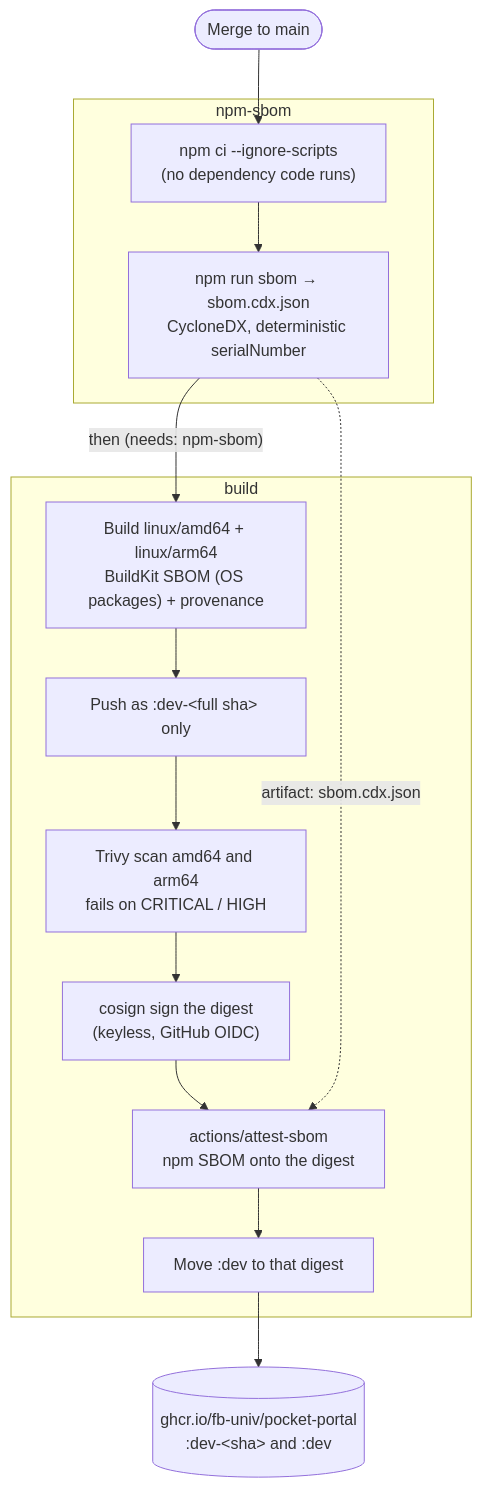
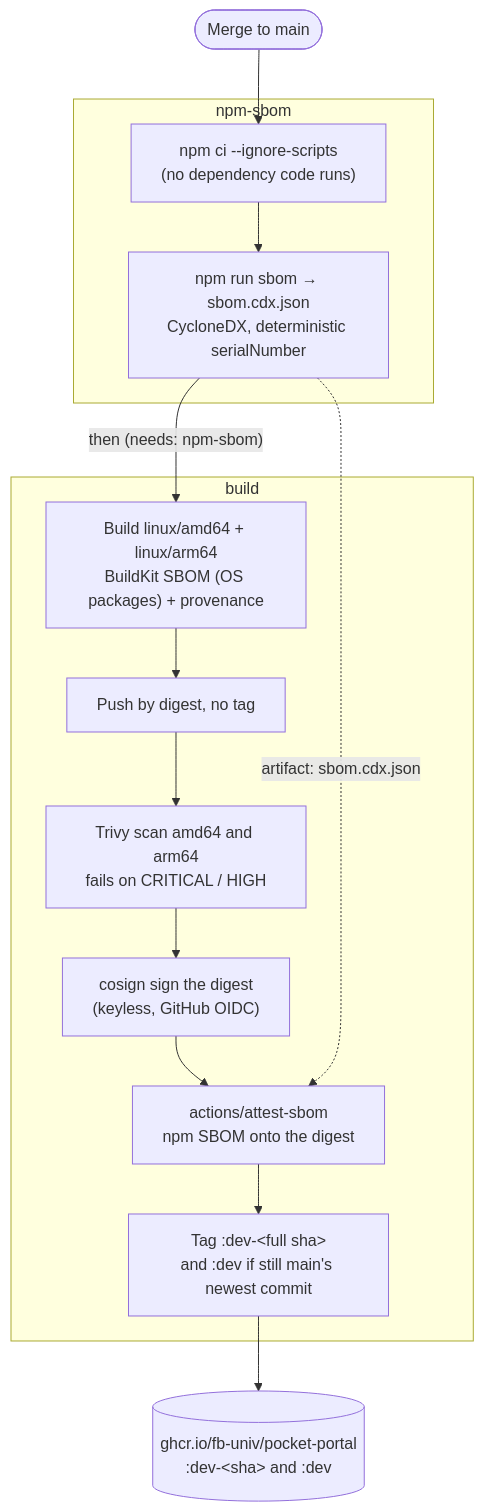
One commit to FB-UNIV/pocket-portal changed the third of 4 diagrams in docs/CI.md. Above: the diagram before and after it, drawn with Mermaid. The commit also changed other lines of this file and 2 other files, not shown here.

First line of the commit message:
ci: never drop a main build, tag only scanned images, verify before releasing (#99)

````diff
--- a/docs/CI.md
+++ b/docs/CI.md
@@ -93,25 +96,25 @@
 ```mermaid
 flowchart TB
   MAIN(["Merge to main"])
 
   subgraph npmsbom["npm-sbom"]
     S1["npm ci --ignore-scripts<br/>(no dependency code runs)"]
     S2["npm run sbom → sbom.cdx.json<br/>CycloneDX, deterministic serialNumber"]
     S1 --> S2
   end
 
   subgraph build["build"]
     B1["Build linux/amd64 + linux/arm64<br/>BuildKit SBOM (OS packages) + provenance"]
-    B2["Push as :dev-&lt;full sha&gt; only"]
+    B2["Push by digest, no tag"]
     B3["Trivy scan amd64 and arm64<br/>fails on CRITICAL / HIGH"]
     B4["cosign sign the digest<br/>(keyless, GitHub OIDC)"]
     B5["actions/attest-sbom<br/>npm SBOM onto the digest"]
-    B6["Move :dev to that digest"]
+    B6["Tag :dev-&lt;full sha&gt;<br/>and :dev if still main's newest commit"]
     B1 --> B2 --> B3 --> B4 --> B5 --> B6
   end
 
   MAIN --> S1
   S2 -- "then (needs: npm-sbom)" --> B1
   S2 -. "artifact: sbom.cdx.json" .-> B5
   B6 --> OUT[("ghcr.io/fb-univ/pocket-portal<br/>:dev-&lt;sha&gt; and :dev")]
 ```
````
